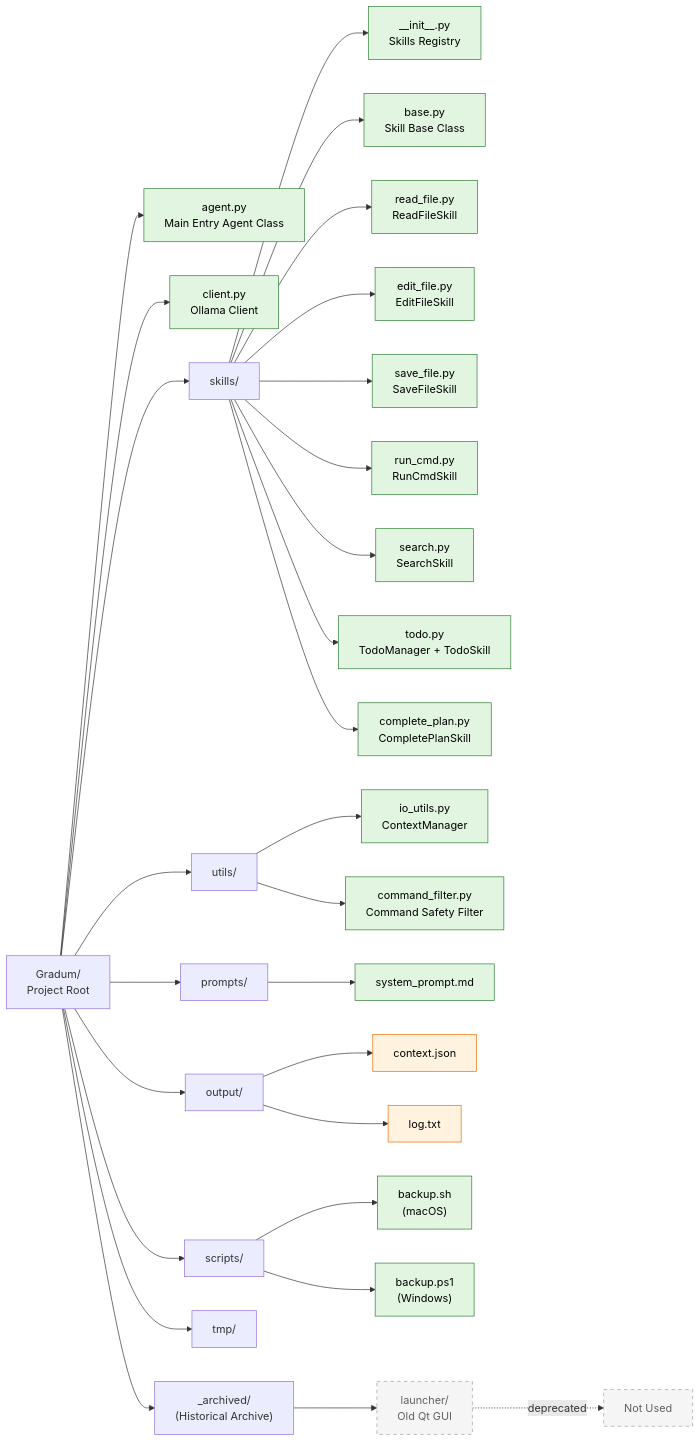
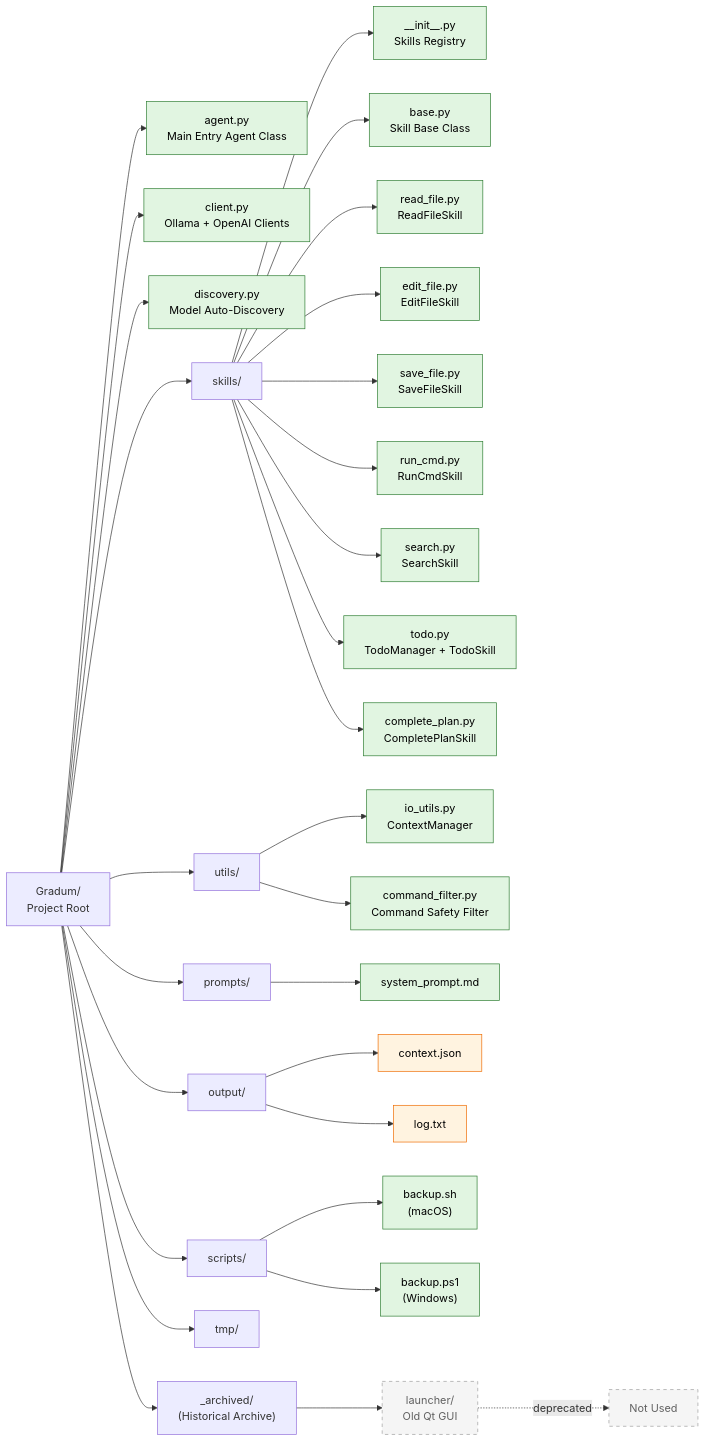
The first of 14 diagrams in docs/ARCHITECTURE.md (lg841226/Gradum), drawn with Mermaid before and after one commit. The commit also changed other lines of this file and 7 other files, not shown here.

````diff
--- a/docs/ARCHITECTURE.md
+++ b/docs/ARCHITECTURE.md
@@ -193,47 +193,48 @@
 ```mermaid
 graph LR
     Root["Gradum/<br/>Project Root"]
 
     Root --> Agent["agent.py<br/>Main Entry Agent Class"]
-    Root --> Client["client.py<br/>Ollama Client"]
+    Root --> Client["client.py<br/>Ollama + OpenAI Clients"]
+    Root --> Discovery["discovery.py<br/>Model Auto-Discovery"]
 
     Root --> SkillsDir["skills/"]
     Root --> Utils["utils/"]
     Root --> Prompts["prompts/"]
     Root --> Output["output/"]
     Root --> Scripts["scripts/"]
     Root --> Tmp["tmp/"]
     Root --> Archived["_archived/<br/>(Historical Archive)"]
 
     SkillsDir --> SK_Init["__init__.py<br/>Skills Registry"]
     SkillsDir --> SK_Base["base.py<br/>Skill Base Class"]
     SkillsDir --> SK_Read["read_file.py<br/>ReadFileSkill"]
     SkillsDir --> SK_Edit["edit_file.py<br/>EditFileSkill"]
     SkillsDir --> SK_Save["save_file.py<br/>SaveFileSkill"]
     SkillsDir --> SK_Cmd["run_cmd.py<br/>RunCmdSkill"]
     SkillsDir --> SK_Search["search.py<br/>SearchSkill"]
     SkillsDir --> SK_Todo["todo.py<br/>TodoManager + TodoSkill"]
     SkillsDir --> SK_Finish["complete_plan.py<br/>CompletePlanSkill"]
 
     Utils --> IO["io_utils.py<br/>ContextManager"]
     Utils --> CF["command_filter.py<br/>Command Safety Filter"]
 
     Prompts --> SysPrompt["system_prompt.md"]
 
     Output --> Ctx["context.json"]
     Output --> Log["log.txt"]
 
     Scripts --> Bsh["backup.sh<br/>(macOS)"]
     Scripts --> Bps1["backup.ps1<br/>(Windows)"]
 
     Archived --> Launcher["launcher/<br/>Old Qt GUI"]
     Launcher -.->|"deprecated"| NoUse["Not Used"]
 
     classDef active fill:#e1f5e1,stroke:#2e7d32,color:#000
     classDef archive fill:#f5f5f5,stroke:#9e9e9e,color:#616161,stroke-dasharray: 5
     classDef data fill:#fff3e0,stroke:#ef6c00,color:#000
 
-    class Agent,Client,SK_Init,SK_Base,SK_Read,SK_Edit,SK_Save,SK_Cmd,SK_Search,SK_Todo,SK_Finish,IO,CF,SysPrompt,Bsh,Bps1 active
+    class Agent,Client,Discovery,SK_Init,SK_Base,SK_Read,SK_Edit,SK_Save,SK_Cmd,SK_Search,SK_Todo,SK_Finish,IO,CF,SysPrompt,Bsh,Bps1 active
     class Ctx,Log data
     class Launcher,NoUse archive
 ```
````
